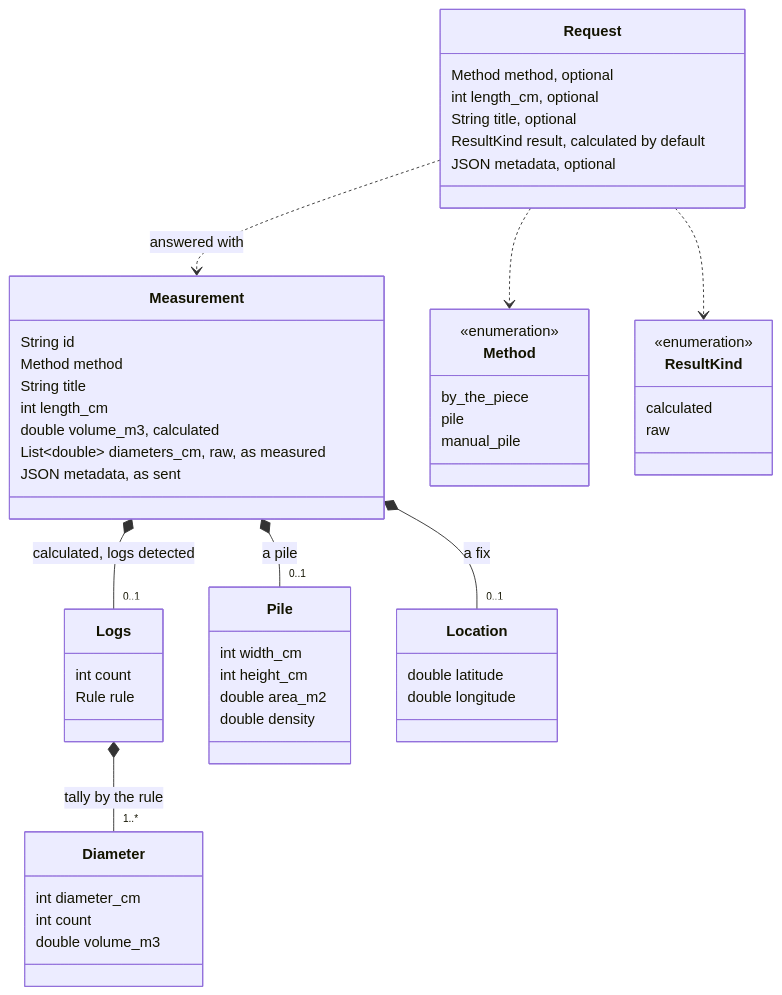
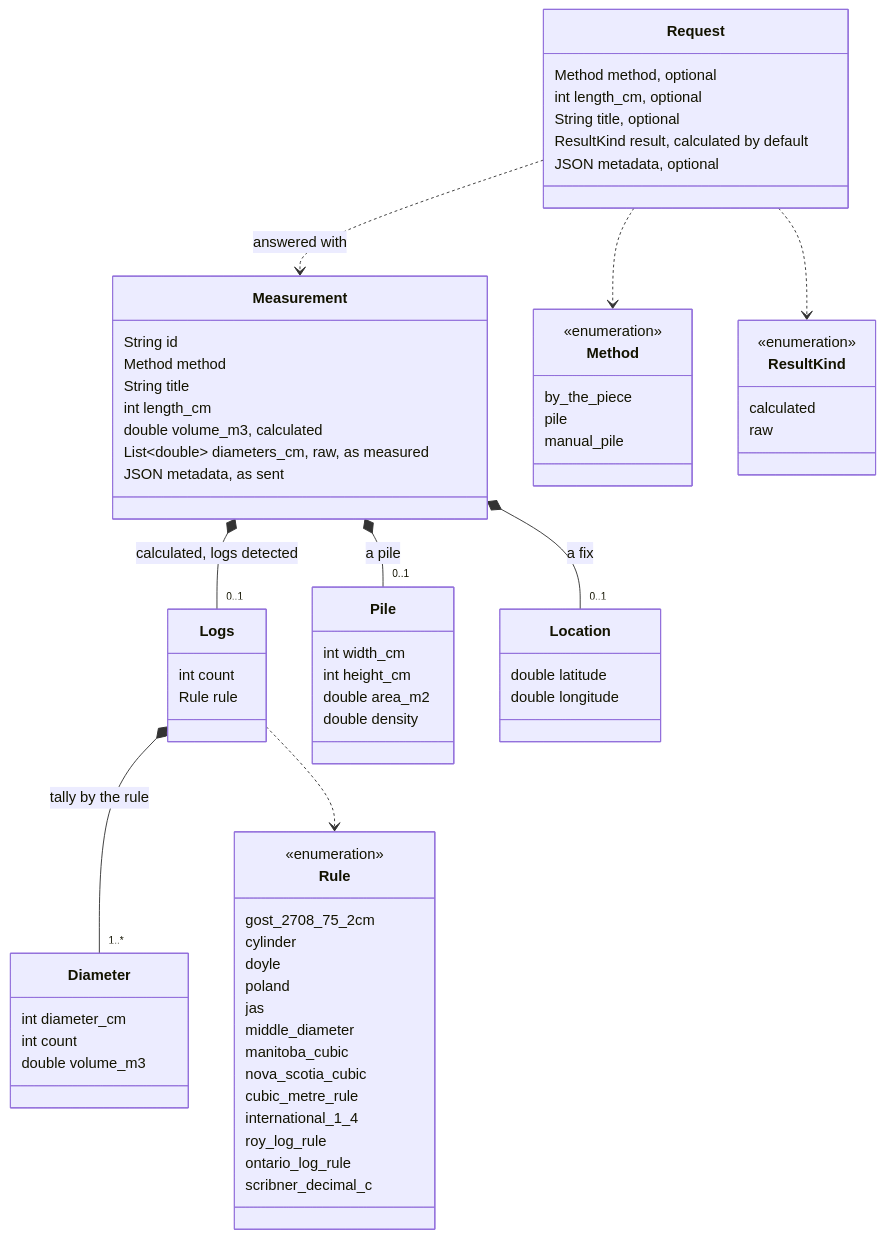
One commit to Logsizer-Pro/logsizer-api-caller changed the diagram in README.md. Above: the diagram before and after it, drawn with Mermaid.

Commit message:
README: the Rule enumeration in the class diagram
The thirteen log rules a tally may be computed by, beside the field that names one.

````diff
--- a/README.md
+++ b/README.md
@@ -14,56 +14,73 @@
 ```mermaid
 classDiagram
     class Request {
         Method method, optional
         int length_cm, optional
         String title, optional
         ResultKind result, calculated by default
         JSON metadata, optional
     }
     class Measurement {
         String id
         Method method
         String title
         int length_cm
         double volume_m3, calculated
         List~double~ diameters_cm, raw, as measured
         JSON metadata, as sent
     }
     class Logs {
         int count
         Rule rule
     }
     class Diameter {
         int diameter_cm
         int count
         double volume_m3
     }
     class Pile {
         int width_cm
         int height_cm
         double area_m2
         double density
     }
     class Location {
         double latitude
         double longitude
     }
     class Method {
         <<enumeration>>
         by_the_piece
         pile
         manual_pile
     }
     class ResultKind {
         <<enumeration>>
         calculated
         raw
     }
+    class Rule {
+        <<enumeration>>
+        gost_2708_75_2cm
+        cylinder
+        doyle
+        poland
+        jas
+        middle_diameter
+        manitoba_cubic
+        nova_scotia_cubic
+        cubic_metre_rule
+        international_1_4
+        roy_log_rule
+        ontario_log_rule
+        scribner_decimal_c
+    }
     Request ..> Measurement : answered with
     Measurement *-- "0..1" Logs : calculated, logs detected
     Logs *-- "1..*" Diameter : tally by the rule
+    Logs ..> Rule
     Measurement *-- "0..1" Pile : a pile
     Measurement *-- "0..1" Location : a fix
     Request ..> Method
     Request ..> ResultKind
 ```
````
